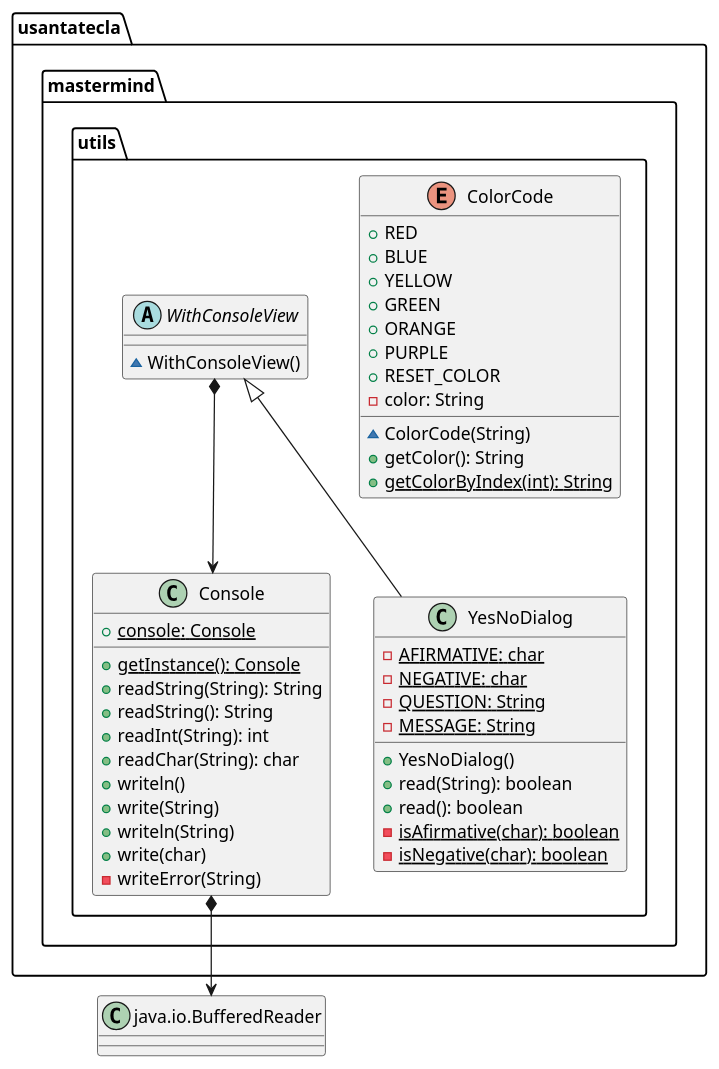
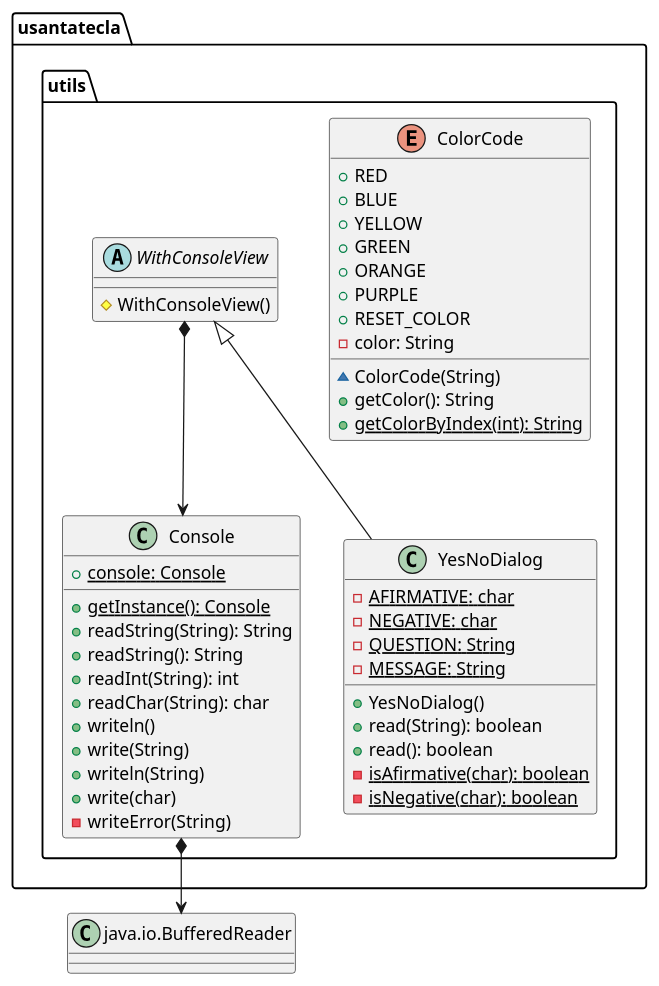
The sixth of 6 diagrams in documentView/withFactoryMethod/docs/diagrams/src/paquetes.plantuml (SantaTecla-mastermind/solution.java.swing.socket.sql), drawn with PlantUML before and after one commit. The commit also changed other lines of this file and 6 other files, not shown here.

Commit message:
DocumentView.WithFactoryMethod diagrams 2.0 (Protected fixed)

```diff
--- a/documentView/withFactoryMethod/docs/diagrams/src/paquetes.plantuml
+++ b/documentView/withFactoryMethod/docs/diagrams/src/paquetes.plantuml
@@ -367,50 +365,50 @@
 @startuml usantatecla.mastermind.utils
 class BufferedReader as "java.io.BufferedReader"{}
 
-enum usantatecla.mastermind.utils.ColorCode{
+enum usantatecla.utils.ColorCode{
 + RED
 + BLUE
 + YELLOW
 + GREEN
 + ORANGE
 + PURPLE
 + RESET_COLOR
 - color: String
 ~ ColorCode(String)
 + getColor(): String
 + {static} getColorByIndex(int): String
 }
 
-class  usantatecla.mastermind.utils.Console{
+class  usantatecla.utils.Console{
 + {static} console: Console
 + {static} getInstance(): Console
 + readString(String): String
 + readString(): String
 + readInt(String): int
 + readChar(String): char
 + writeln()
 + write(String)
 + writeln(String)
 + write(char)
 - writeError(String)
 }
-usantatecla.mastermind.utils.Console *-down-> BufferedReader
+usantatecla.utils.Console *-down-> BufferedReader
 
-abstract class usantatecla.mastermind.utils.WithConsoleView{
-~ WithConsoleView()
+abstract class usantatecla.utils.WithConsoleView{
+# WithConsoleView()
 }
-usantatecla.mastermind.utils.WithConsoleView *-down-> usantatecla.mastermind.utils.Console
+usantatecla.utils.WithConsoleView *-down-> usantatecla.utils.Console
 
-class  usantatecla.mastermind.utils.YesNoDialog{
+class  usantatecla.utils.YesNoDialog{
 - {static} AFIRMATIVE: char
 - {static} NEGATIVE: char
 - {static} QUESTION: String
 - {static} MESSAGE: String
 + YesNoDialog()
 + read(String): boolean
 + read(): boolean
 - {static} isAfirmative(char): boolean
 - {static} isNegative(char): boolean
 }
-usantatecla.mastermind.utils.WithConsoleView <|-down- usantatecla.mastermind.utils.YesNoDialog
+usantatecla.utils.WithConsoleView <|-down- usantatecla.utils.YesNoDialog
 @enduml
```
